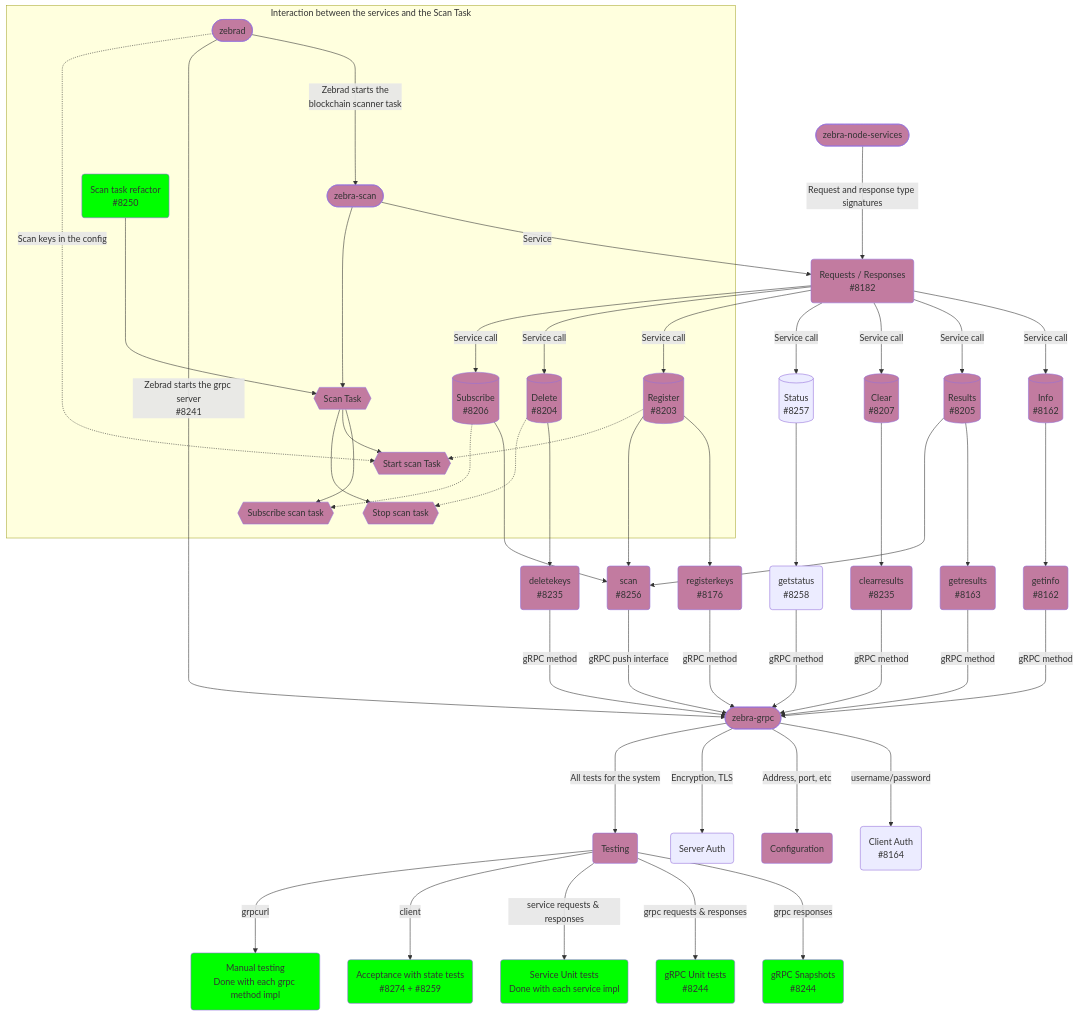
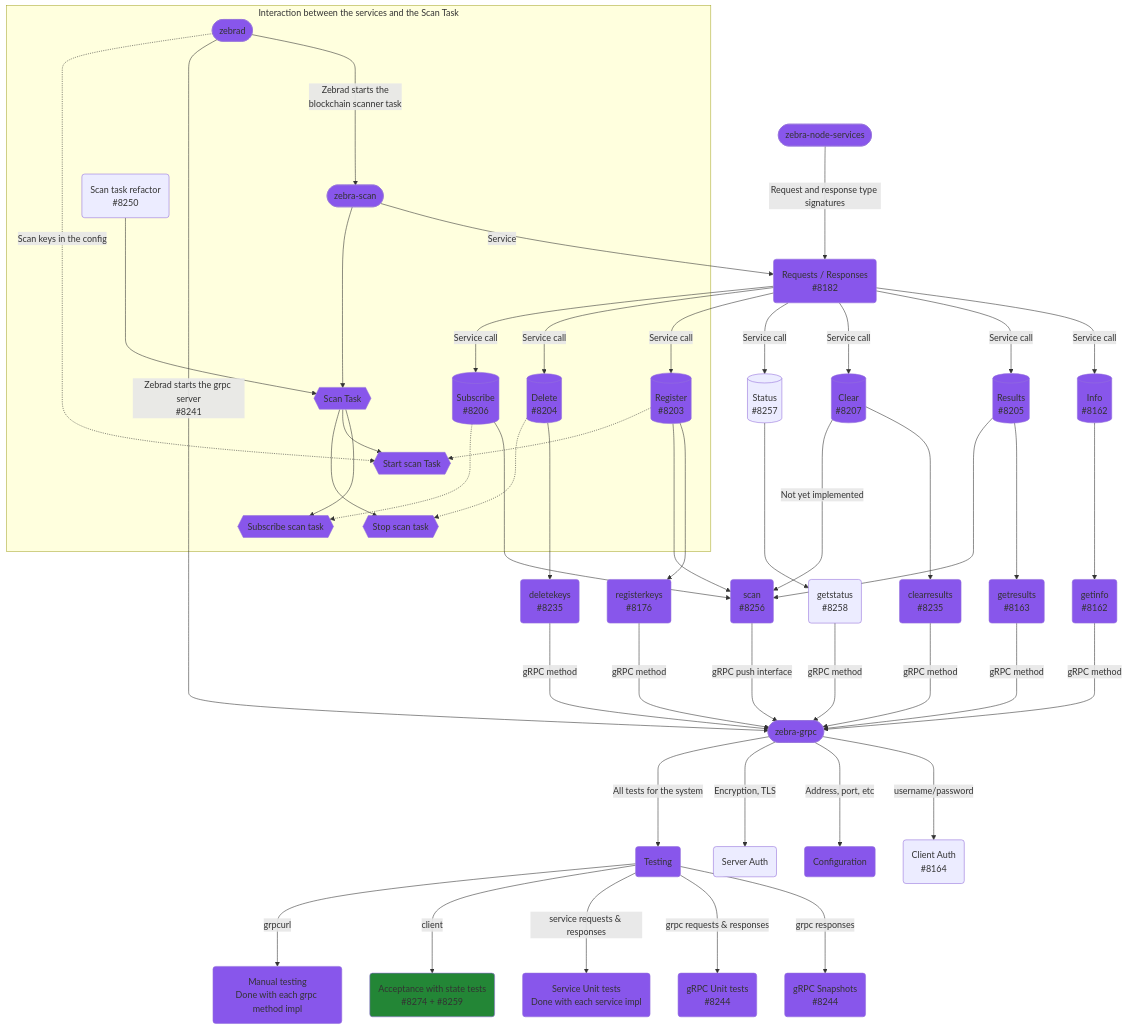
The diagram in README.md (oxarbitrage/zebra-grpc-scan-spec), drawn with Mermaid before and after one commit. The commit also changed other lines of this file, not shown here.

Commit message:
Update diagram to v0.6

````diff
--- a/README.md
+++ b/README.md
@@ -7,7 +7,6 @@
 ```mermaid
 flowchart TD
     zebra-scan([zebra-scan]) --> |Service|requests/responses(Requests / Responses\n#8182)
-
     zebra-node-services([zebra-node-services]) ---> |Request and response type signatures|requests/responses(Requests / Responses\n#8182)
     requests/responses ---> |Service call|info[(Info\n#8162)]
     requests/responses ---> |Service call|results[(Results\n#8205)]
@@ -30,6 +29,7 @@
     register ----> scan
     results ----> scan
     subscribe ----> scan
+    clear ----> |Not yet implemented|scan
     scan(scan\n#8256) ---> |gRPC push interface|zebra-grpc
     status ----> getstatus
     getstatus(getstatus\n#8258) ----> |gRPC method|zebra-grpc
@@ -49,47 +49,47 @@
     testing ---> |grpcurl|manual(Manual testing\nDone with each grpc method impl)
 
     subgraph commands [Interaction between the services and the Scan Task]
-    zebrad -..-> |Scan keys in the config|start-scan-task{{Start scan Task}}
-    register -.-> start-scan-task
-    delete -..-> stop-scan-task{{Stop scan task}}
-    subscribe -..-> subscribe-scan-task{{Subscribe scan task}}
-    zebra-scan --> scan-task{{Scan Task}}
-    scan-task --> subscribe-scan-task
-    scan-task --> start-scan-task
-    scan-task --> stop-scan-task
-    scan-task-refactor(Scan task refactor \n#8250) ----> scan-task
+        zebrad -..-> |Scan keys in the config|start-scan-task{{Start scan Task}}
+        register -.-> start-scan-task
+        delete -..-> stop-scan-task{{Stop scan task}}
+        subscribe -..-> subscribe-scan-task{{Subscribe scan task}}
+        zebra-scan --> scan-task{{Scan Task}}
+        scan-task --> subscribe-scan-task
+        scan-task --> start-scan-task
+        scan-task --> stop-scan-task
+        scan-task-refactor(Scan task refactor \n#8250) ----> scan-task
     end
 
-    style zebra-scan fill:#C27BA0
-    style zebra-node-services fill:#C27BA0
-    style requests/responses fill:#C27BA0
-    style info fill:#C27BA0
-    style getinfo fill:#C27BA0
-    style results fill: #C27BA0
-    style getresults fill: #C27BA0
-    style register fill: #C27BA0
-    style registerkeys fill: #C27BA0
-    style zebra-grpc fill:#C27BA0
-    style delete fill:#C27BA0
-    style clear fill:#C27BA0
-    style deletekeys fill:#C27BA0
-    style clearresults fill:#C27BA0
-    style subscribe fill: #C27BA0
-    style zebrad fill: #C27BA0
-    style scan fill:#C27BA0
+    %% color of the nodes
+    style zebra-scan fill:#8856eb
+    style zebra-node-services fill:#8856eb
+    style requests/responses fill:#8856eb
+    style info fill:#8856eb
+    style getinfo fill:#8856eb
+    style results fill: #8856eb
+    style getresults fill: #8856eb
+    style register fill: #8856eb
+    style registerkeys fill: #8856eb
+    style zebra-grpc fill:#8856eb
+    style delete fill:#8856eb
+    style clear fill:#8856eb
+    style deletekeys fill:#8856eb
+    style clearresults fill:#8856eb
+    style subscribe fill: #8856eb
+    style zebrad fill: #8856eb
+    style scan fill:#8856eb
     
-    style config fill:#C27BA0
-    style testing fill:#C27BA0
+    style config fill:#8856eb
+    style testing fill:#8856eb
 
-    style scan-task fill:#C27BA0
-    style start-scan-task fill:#C27BA0
-    style stop-scan-task fill:#C27BA0
-    style subscribe-scan-task fill:#C27BA0
+    style scan-task fill:#8856eb
+    style start-scan-task fill:#8856eb
+    style stop-scan-task fill:#8856eb
+    style subscribe-scan-task fill:#8856eb
 
-    style manual fill:#0f0
-    style acceptance fill:#0f0
-    style snapshots fill:#0f0
-    style grpc-unit fill:#0f0
-    style service-unit fill:#0f0
-    style scan-task-refactor fill:#0f0
+    style manual fill:#8856eb
+    style acceptance fill:#238636
+    style snapshots fill:#8856eb
+    style grpc-unit fill:#8856eb
+    style service-unit fill:#8856eb
 ```
````
